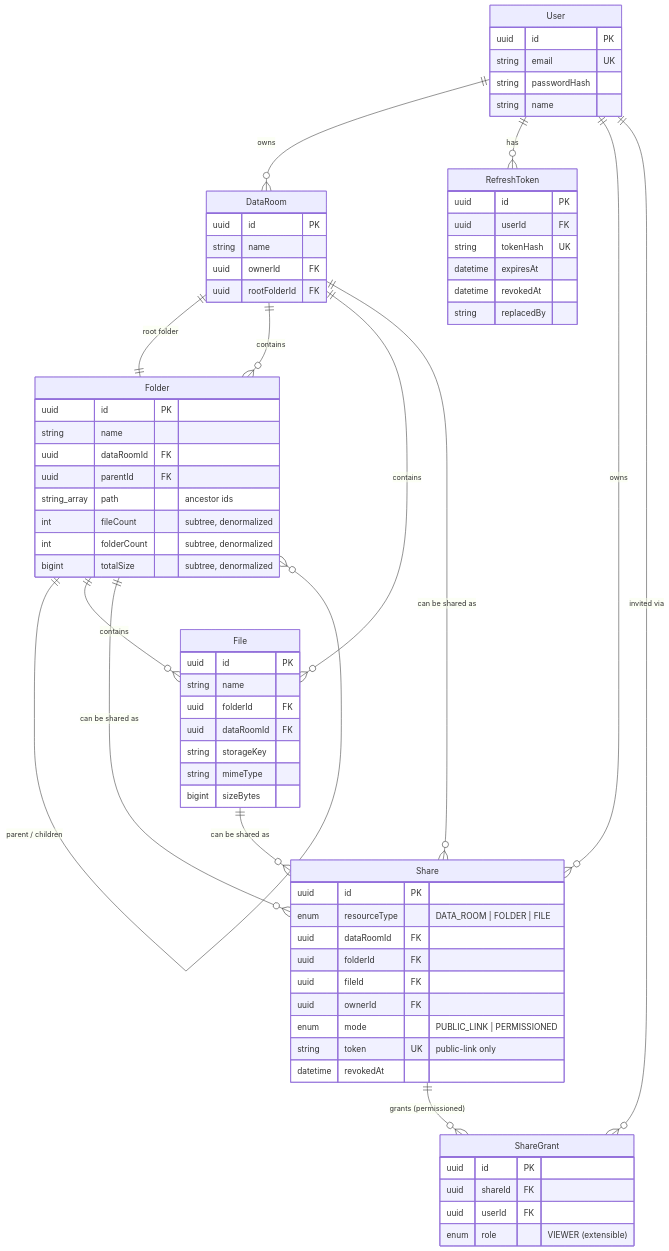
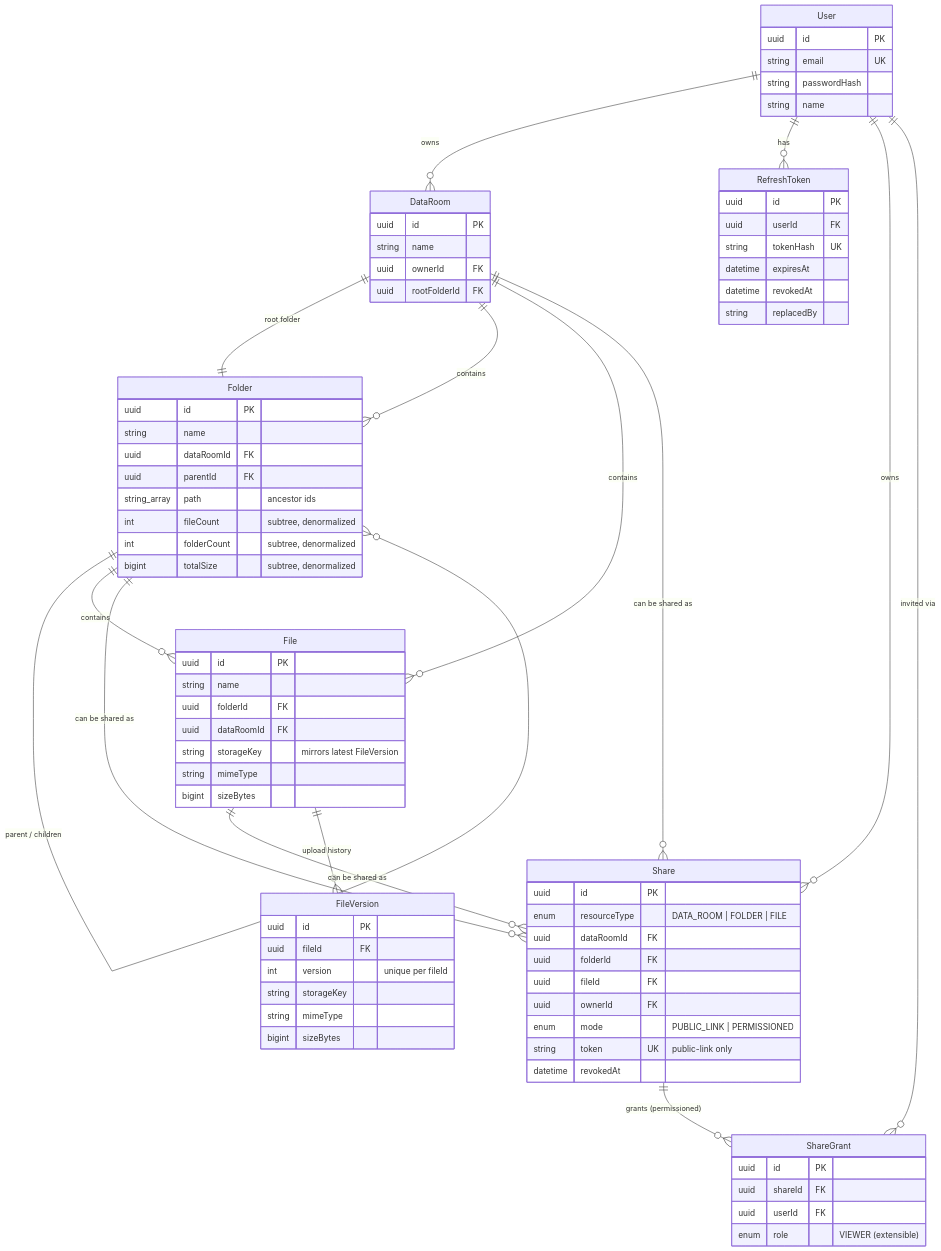
The diagram in README.md (DenisKrav/data-room), drawn with Mermaid before and after one commit. The commit also changed other lines of this file and 15 other files, not shown here.

```diff
--- a/README.md
+++ b/README.md
@@ -68,6 +68,7 @@
     Folder ||--o{ Share : "can be shared as"
 
     File ||--o{ Share : "can be shared as"
+    File ||--o{ FileVersion : "upload history"
 
     Share ||--o{ ShareGrant : "grants (permissioned)"
 
@@ -106,6 +107,14 @@
         string name
         uuid folderId FK
         uuid dataRoomId FK
+        string storageKey "mirrors latest FileVersion"
+        string mimeType
+        bigint sizeBytes
+    }
+    FileVersion {
+        uuid id PK
+        uuid fileId FK
+        int version "unique per fileId"
         string storageKey
         string mimeType
         bigint sizeBytes
```
